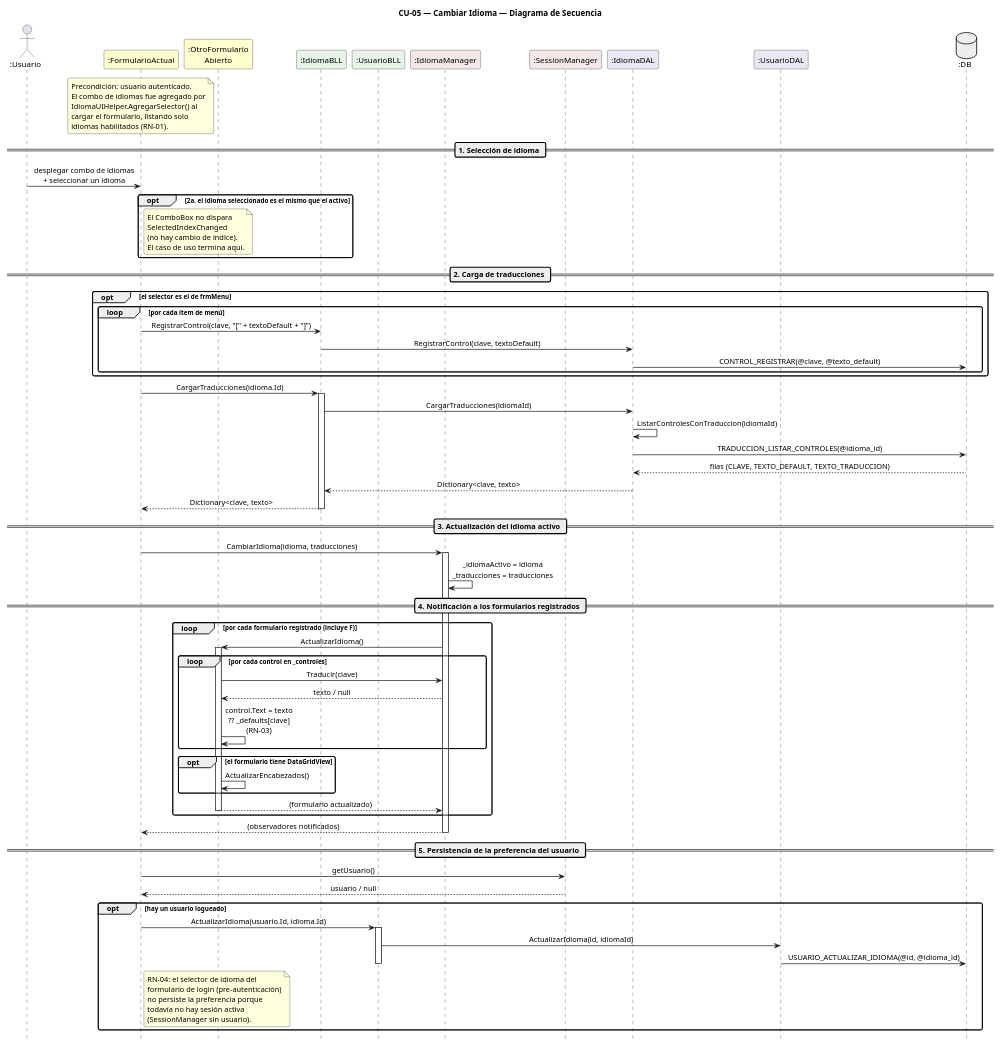
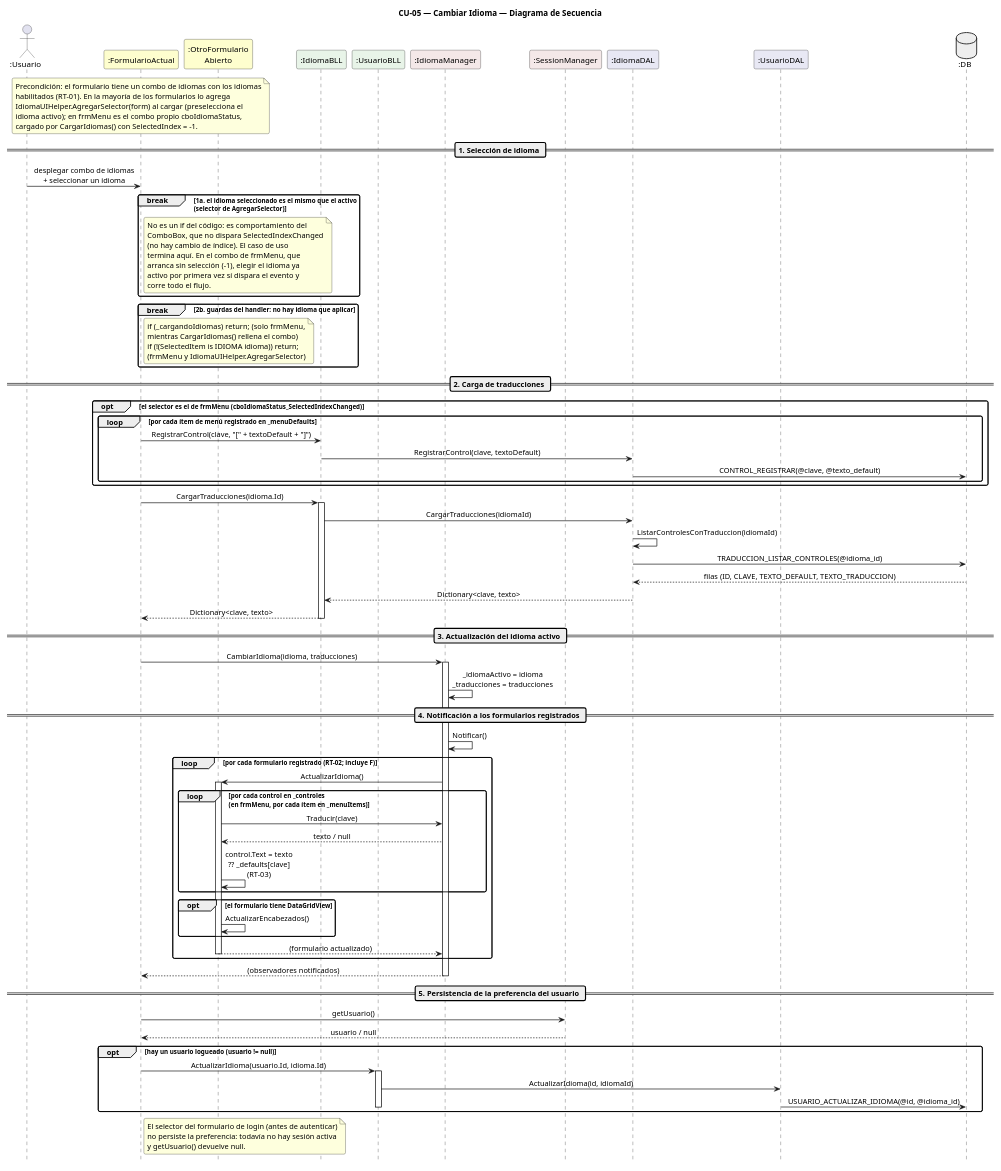
One commit to Jesifu/club-de-vinos-td changed the diagram in DIAGRAMAS/DiagramaSecuencia_CU05_CambiarIdioma.puml. Above: the diagram before and after it, drawn with PlantUML. The commit also changed 124 other files, not shown here.

Commit message:
docs(diagrams): align class and sequence diagrams with the code

```diff
--- a/DIAGRAMAS/DiagramaSecuencia_CU05_CambiarIdioma.puml
+++ b/DIAGRAMAS/DiagramaSecuencia_CU05_CambiarIdioma.puml
@@ -1,116 +1,127 @@
 @startuml DiagramaSecuencia_CU05_CambiarIdioma
 
 title CU-05 — Cambiar Idioma — Diagrama de Secuencia
 
 skinparam shadowing false
 skinparam roundcorner 6
 skinparam sequenceArrowThickness 1.2
 skinparam sequenceMessageAlign center
 hide footbox
 scale 0.8
 
 ' ─────────────────────────────────────────
 ' Participantes en orden de aparición
 ' ─────────────────────────────────────────
 actor       ":Usuario"                 as U
 participant ":FormularioActual"        as F  #FEFECE
 participant ":OtroFormulario\nAbierto" as F2 #FEFECE
 participant ":IdiomaBLL"               as IB #E8F4E8
 participant ":UsuarioBLL"              as UB #E8F4E8
 participant ":IdiomaManager"           as IM #F4E8E8
 participant ":SessionManager"          as SM #F4E8E8
 participant ":IdiomaDAL"               as IDD #E8E8F4
 participant ":UsuarioDAL"              as UD #E8E8F4
 database    ":DB"                      as DB #EEEEEE
 
 note over F
-  Precondición: usuario autenticado.
-  El combo de idiomas fue agregado por
-  IdiomaUIHelper.AgregarSelector() al
-  cargar el formulario, listando solo
-  idiomas habilitados (RN-01).
+  Precondición: el formulario tiene un combo de idiomas con los idiomas
+  habilitados (RT-01). En la mayoría de los formularios lo agrega
+  IdiomaUIHelper.AgregarSelector(form) al cargar (preselecciona el
+  idioma activo); en frmMenu es el combo propio cboIdiomaStatus,
+  cargado por CargarIdiomas() con SelectedIndex = -1.
 end note
 
 == 1. Selección de idioma ==
 
 U -> F : desplegar combo de idiomas\n+ seleccionar un idioma
 
-opt 2a. el idioma seleccionado es el mismo que el activo
+break 1a. el idioma seleccionado es el mismo que el activo\n(selector de AgregarSelector)
   note right of F
-    El ComboBox no dispara
-    SelectedIndexChanged
-    (no hay cambio de índice).
-    El caso de uso termina aquí.
+    No es un if del código: es comportamiento del
+    ComboBox, que no dispara SelectedIndexChanged
+    (no hay cambio de índice). El caso de uso
+    termina aquí. En el combo de frmMenu, que
+    arranca sin selección (-1), elegir el idioma ya
+    activo por primera vez sí dispara el evento y
+    corre todo el flujo.
+  end note
+end
+
+break 2b. guardas del handler: no hay idioma que aplicar
+  note right of F
+    if (_cargandoIdiomas) return;  (solo frmMenu,
+    mientras CargarIdiomas() rellena el combo)
+    if (!(SelectedItem is IDIOMA idioma)) return;
+    (frmMenu y IdiomaUIHelper.AgregarSelector)
   end note
 end
 
 == 2. Carga de traducciones ==
 
-opt el selector es el de frmMenu
-  loop por cada ítem de menú
+opt el selector es el de frmMenu (cboIdiomaStatus_SelectedIndexChanged)
+  loop por cada ítem de menú registrado en _menuDefaults
     F -> IB : RegistrarControl(clave, "[" + textoDefault + "]")
     IB -> IDD : RegistrarControl(clave, textoDefault)
     IDD -> DB : CONTROL_REGISTRAR(@clave, @texto_default)
   end
 end
 
 F -> IB : CargarTraducciones(idioma.Id)
 activate IB
 IB -> IDD : CargarTraducciones(idiomaId)
 IDD -> IDD : ListarControlesConTraduccion(idiomaId)
 IDD -> DB : TRADUCCION_LISTAR_CONTROLES(@idioma_id)
-DB --> IDD : filas (CLAVE, TEXTO_DEFAULT, TEXTO_TRADUCCION)
+DB --> IDD : filas (ID, CLAVE, TEXTO_DEFAULT, TEXTO_TRADUCCION)
 IDD --> IB : Dictionary<clave, texto>
 IB --> F : Dictionary<clave, texto>
 deactivate IB
 
 == 3. Actualización del idioma activo ==
 
 F -> IM : CambiarIdioma(idioma, traducciones)
 activate IM
 IM -> IM : _idiomaActivo = idioma\n_traducciones = traducciones
 
 == 4. Notificación a los formularios registrados ==
 
-loop por cada formulario registrado (incluye F)
+IM -> IM : Notificar()
+loop por cada formulario registrado (RT-02; incluye F)
   IM -> F2 : ActualizarIdioma()
   activate F2
 
-  loop por cada control en _controles
+  loop por cada control en _controles\n(en frmMenu, por cada ítem en _menuItems)
     F2 -> IM : Traducir(clave)
     IM --> F2 : texto / null
-    F2 -> F2 : control.Text = texto\n?? _defaults[clave]\n(RN-03)
+    F2 -> F2 : control.Text = texto\n?? _defaults[clave]\n(RT-03)
   end
 
   opt el formulario tiene DataGridView
     F2 -> F2 : ActualizarEncabezados()
   end
 
   F2 --> IM : (formulario actualizado)
   deactivate F2
 end
 IM --> F : (observadores notificados)
 deactivate IM
 
 == 5. Persistencia de la preferencia del usuario ==
 
 F -> SM : getUsuario()
 SM --> F : usuario / null
 
-opt hay un usuario logueado
+opt hay un usuario logueado (usuario != null)
   F -> UB : ActualizarIdioma(usuario.Id, idioma.Id)
   activate UB
   UB -> UD : ActualizarIdioma(id, idiomaId)
   UD -> DB : USUARIO_ACTUALIZAR_IDIOMA(@id, @idioma_id)
   deactivate UB
-
-  note right of F
-    RN-04: el selector de idioma del
-    formulario de login (pre-autenticación)
-    no persiste la preferencia porque
-    todavía no hay sesión activa
-    (SessionManager sin usuario).
-  end note
 end
 
+note right of F
+  El selector del formulario de login (antes de autenticar)
+  no persiste la preferencia: todavía no hay sesión activa
+  y getUsuario() devuelve null.
+end note
+
 @enduml
```
